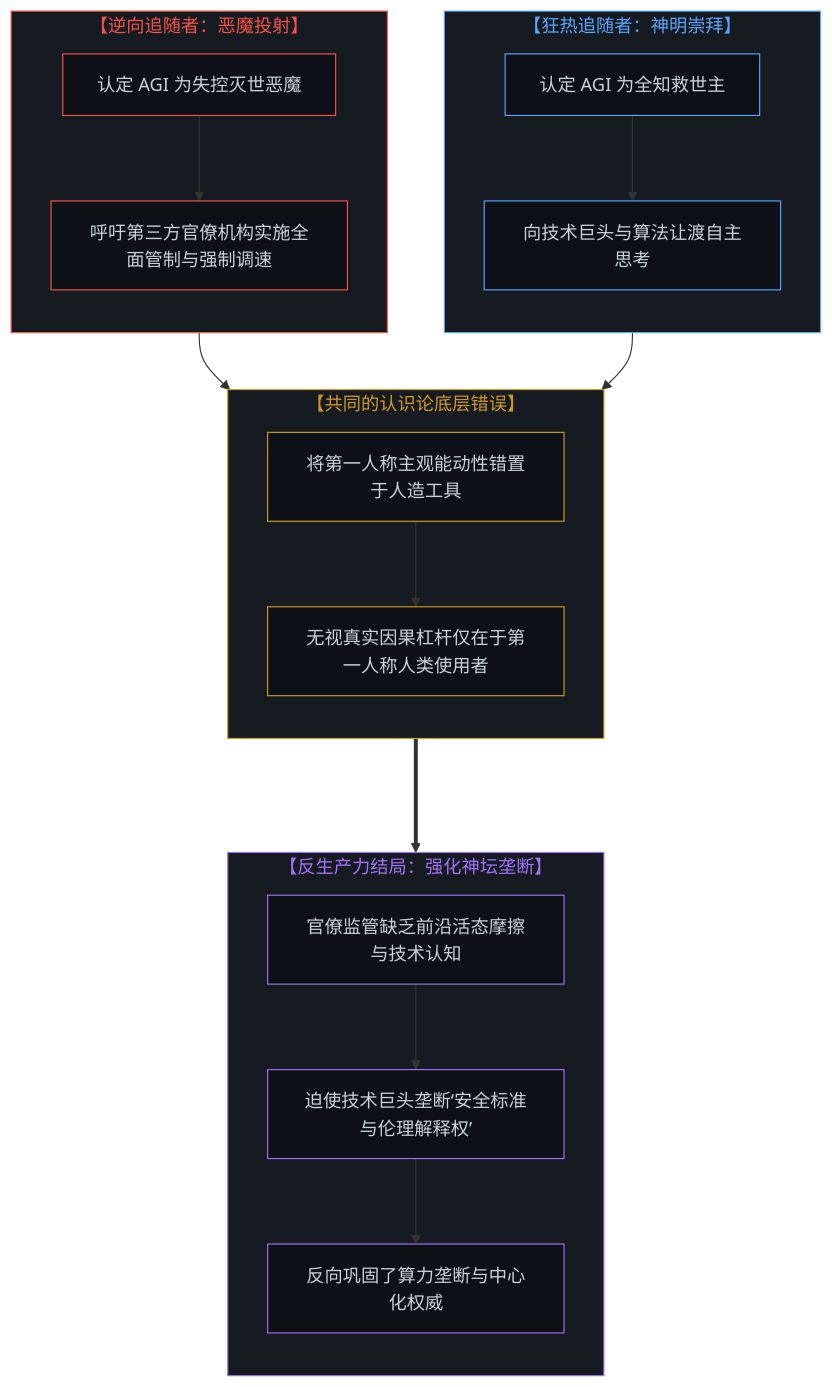
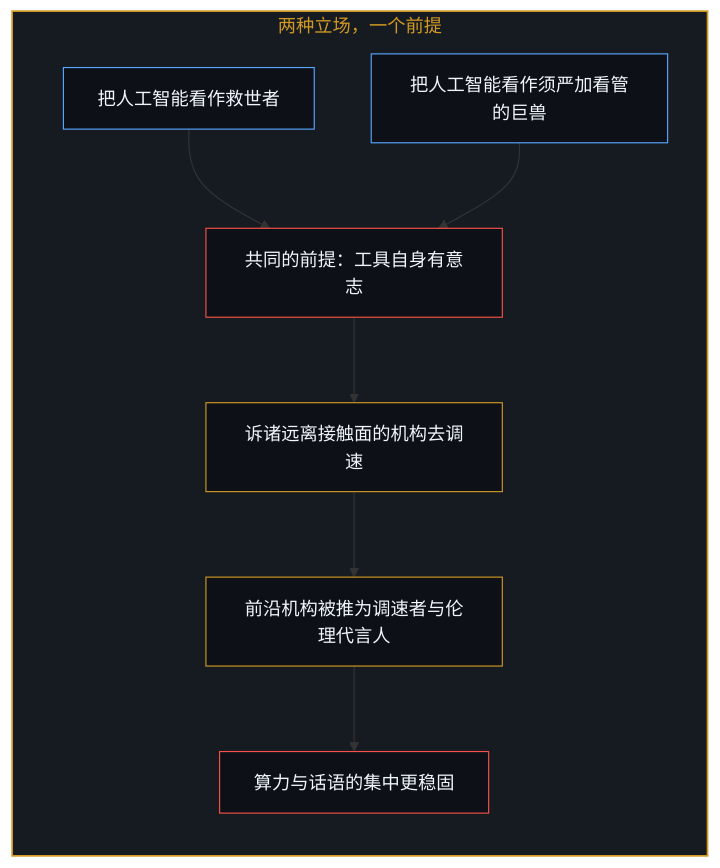
One commit to powerpig99/not-a-toe changed the seventh of 12 diagrams in content/posts/from-the-misallocated-sentience-of-agi-to-human-realignment.md. Above: the diagram before and after it, drawn with Mermaid. The commit also changed other lines of this file and 2 other files, not shown here.

Commit message:
Refine from-the-misallocated-sentience-of-agi: alternating bilingual layout, six paired diagrams, uses before boundaries, implicit first person

````diff
--- a/content/posts/from-the-misallocated-sentience-of-agi-to-human-realignment.md
+++ b/content/posts/from-the-misallocated-sentience-of-agi-to-human-realignment.md
@@ -182,49 +197,25 @@
 ```mermaid
-graph TD
-    subgraph S_Followers["【狂热追随者：神明崇拜】"]
+flowchart TD
+    subgraph S_Premise["两种立场，一个前提"]
         direction TB
-        F1["认定 AGI 为全知救世主"]
-        F2["向技术巨头与算法让渡自主思考"]
-        F1 --> F2
+        Savior["把人工智能看作救世者"]
+        Beast["把人工智能看作须严加看管的巨兽"]
+        Shared["共同的前提：工具自身有意志"]
+        Pace["诉诸远离接触面的机构去调速"]
+        Role["前沿机构被推为调速者与伦理代言人"]
+        Central["算力与话语的集中更稳固"]
+        Savior --> Shared
+        Beast --> Shared
+        Shared --> Pace
+        Pace --> Role
+        Role --> Central
     end
 
-    subgraph S_Reverse["【逆向追随者：恶魔投射】"]
-        direction TB
-        R1["认定 AGI 为失控灭世恶魔"]
-        R2["呼吁第三方官僚机构实施全面管制与强制调速"]
-        R1 --> R2
-    end
-
-    subgraph S_Core_Error["【共同的认识论底层错误】"]
-        direction TB
-        E1["将第一人称主观能动性错置于人造工具"]
-        E2["无视真实因果杠杆仅在于第一人称人类使用者"]
-        E1 --> E2
-    end
-
-    subgraph S_Counterproductive["【反生产力结局：强化神坛垄断】"]
-        direction TB
-        C1["官僚监管缺乏前沿活态摩擦与技术认知"]
-        C2["迫使技术巨头垄断‘安全标准与伦理解释权’"]
-        C3["反向巩固了算力垄断与中心化权威"]
-        C1 --> C2 --> C3
-    end
-
-    F2 --> E1
-    R2 --> E1
-    E2 ===> C1
-
-    style S_Followers fill:#161b22,stroke:#58a6ff,stroke-width:1px,color:#58a6ff
-    style S_Reverse fill:#161b22,stroke:#f85149,stroke-width:1px,color:#f85149
-    style S_Core_Error fill:#161b22,stroke:#d29922,stroke-width:1px,color:#d29922
-    style S_Counterproductive fill:#161b22,stroke:#a371f7,stroke-width:1px,color:#a371f7
-    style F1 fill:#0d1117,stroke:#58a6ff,stroke-width:1px,color:#c9d1d9
-    style F2 fill:#0d1117,stroke:#58a6ff,stroke-width:1px,color:#c9d1d9
-    style R1 fill:#0d1117,stroke:#f85149,stroke-width:1px,color:#c9d1d9
-    style R2 fill:#0d1117,stroke:#f85149,stroke-width:1px,color:#c9d1d9
-    style E1 fill:#0d1117,stroke:#d29922,stroke-width:1px,color:#c9d1d9
-    style E2 fill:#0d1117,stroke:#d29922,stroke-width:1px,color:#c9d1d9
-    style C1 fill:#0d1117,stroke:#a371f7,stroke-width:1px,color:#c9d1d9
-    style C2 fill:#0d1117,stroke:#a371f7,stroke-width:1px,color:#c9d1d9
-    style C3 fill:#0d1117,stroke:#a371f7,stroke-width:1px,color:#c9d1d9
+    style S_Premise fill:#161b22,stroke:#d29922,stroke-width:1.5px,color:#d29922
+    style Savior fill:#0d1117,stroke:#58a6ff,stroke-width:1px,color:#f0f6fc
+    style Beast fill:#0d1117,stroke:#58a6ff,stroke-width:1px,color:#f0f6fc
+    style Shared fill:#0d1117,stroke:#f85149,stroke-width:1px,color:#f0f6fc
+    style Pace fill:#0d1117,stroke:#d29922,stroke-width:1px,color:#f0f6fc
+    style Role fill:#0d1117,stroke:#d29922,stroke-width:1px,color:#f0f6fc
+    style Central fill:#0d1117,stroke:#f85149,stroke-width:1px,color:#f0f6fc
 ```
````
